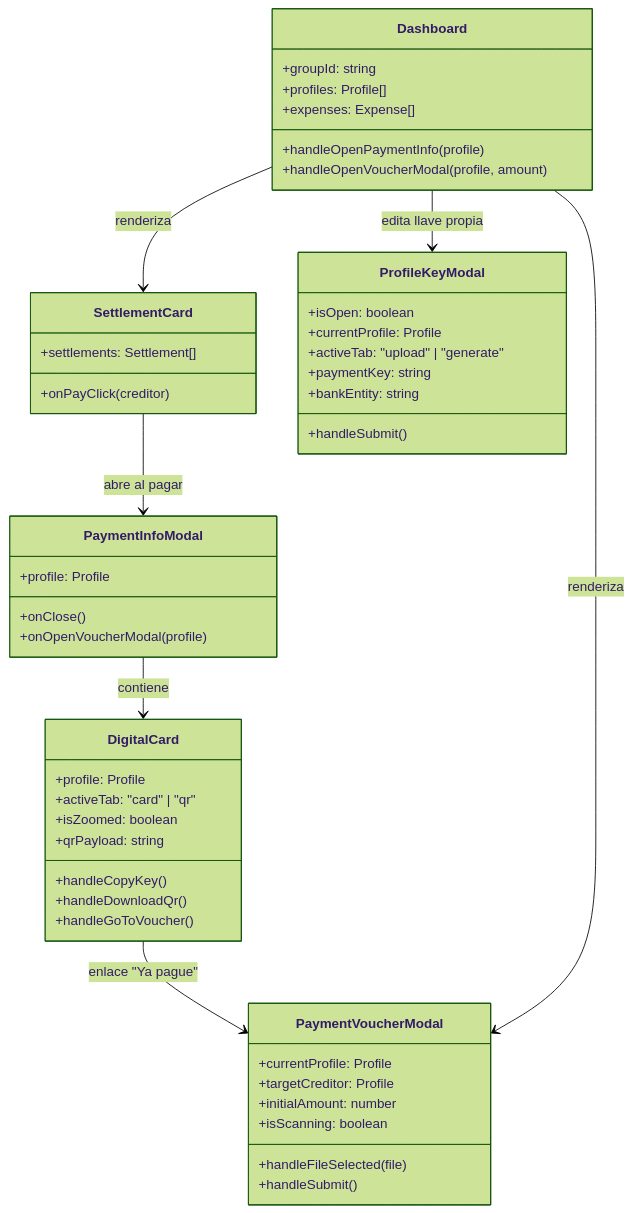
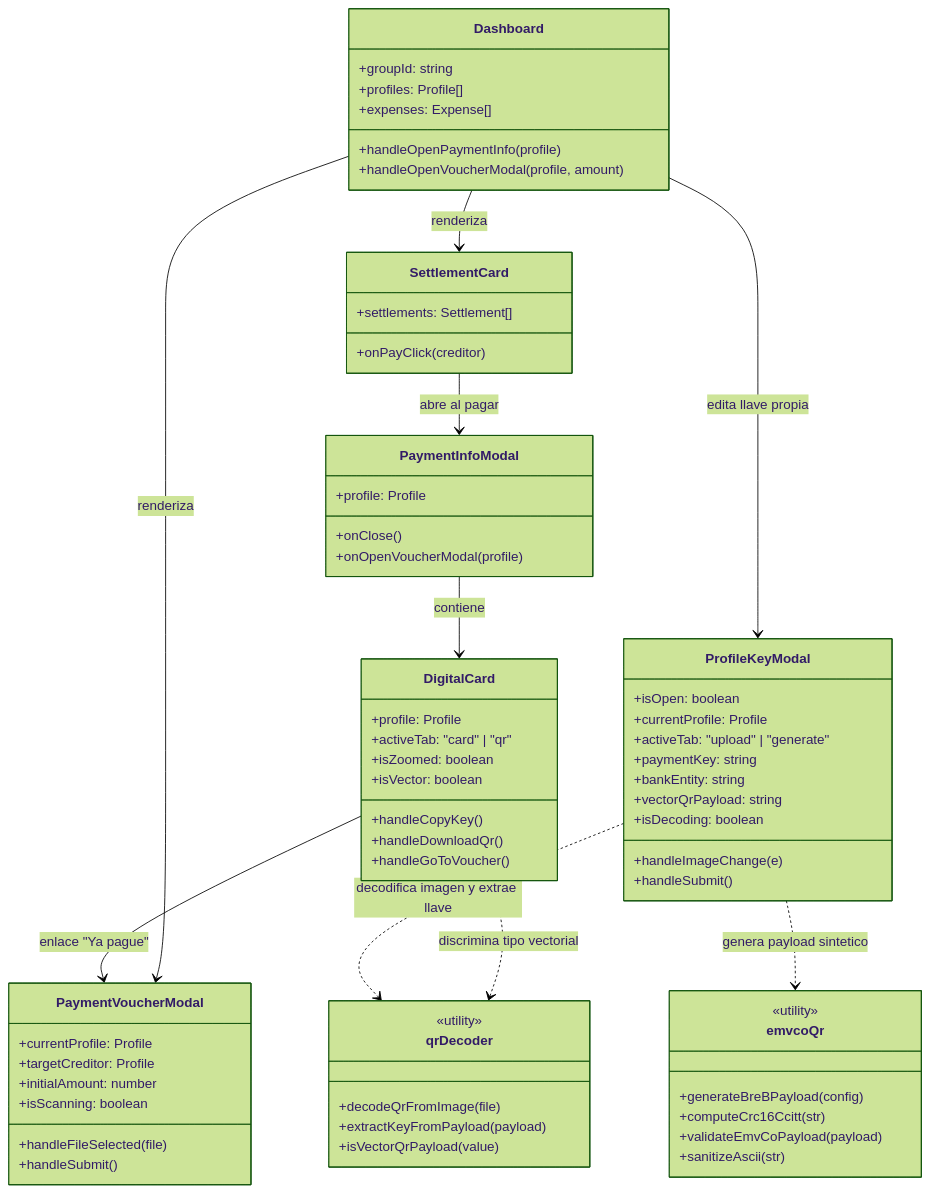
One commit to SebzSGC/Control-Gastos changed the sixth of 6 diagrams in docs/03_Frontend/Generador-QR-Bre-B.md. Above: the diagram before and after it, drawn with Mermaid (forest theme). The commit also changed other lines of this file and 9 other files, not shown here.

````diff
--- a/docs/03_Frontend/Generador-QR-Bre-B.md
+++ b/docs/03_Frontend/Generador-QR-Bre-B.md
@@ -327,56 +571,78 @@
 ```mermaid
 classDiagram
     class Dashboard {
         +groupId: string
         +profiles: Profile[]
         +expenses: Expense[]
         +handleOpenPaymentInfo(profile)
         +handleOpenVoucherModal(profile, amount)
     }
 
     class SettlementCard {
         +settlements: Settlement[]
         +onPayClick(creditor)
     }
 
     class PaymentInfoModal {
         +profile: Profile
         +onClose()
         +onOpenVoucherModal(profile)
     }
 
     class DigitalCard {
         +profile: Profile
         +activeTab: "card" | "qr"
         +isZoomed: boolean
-        +qrPayload: string
+        +isVector: boolean
         +handleCopyKey()
         +handleDownloadQr()
         +handleGoToVoucher()
     }
 
     class ProfileKeyModal {
         +isOpen: boolean
         +currentProfile: Profile
         +activeTab: "upload" | "generate"
         +paymentKey: string
         +bankEntity: string
+        +vectorQrPayload: string
+        +isDecoding: boolean
+        +handleImageChange(e)
         +handleSubmit()
     }
 
     class PaymentVoucherModal {
         +currentProfile: Profile
         +targetCreditor: Profile
         +initialAmount: number
         +isScanning: boolean
         +handleFileSelected(file)
         +handleSubmit()
     }
 
+    class qrDecoder {
+        <<utility>>
+        +decodeQrFromImage(file)
+        +extractKeyFromPayload(payload)
+        +isVectorQrPayload(value)
+    }
+
+    class emvcoQr {
+        <<utility>>
+        +generateBreBPayload(config)
+        +computeCrc16Ccitt(str)
+        +validateEmvCoPayload(payload)
+        +sanitizeAscii(str)
+    }
+
     Dashboard --> SettlementCard : renderiza
     Dashboard --> ProfileKeyModal : edita llave propia
     SettlementCard --> PaymentInfoModal : abre al pagar
     PaymentInfoModal --> DigitalCard : contiene
     DigitalCard --> PaymentVoucherModal : enlace "Ya pague"
     Dashboard --> PaymentVoucherModal : renderiza
+    
+    ProfileKeyModal ..> qrDecoder : decodifica imagen y extrae llave
+    ProfileKeyModal ..> emvcoQr : genera payload sintetico
+    DigitalCard ..> qrDecoder : discrimina tipo vectorial
 ```
````
